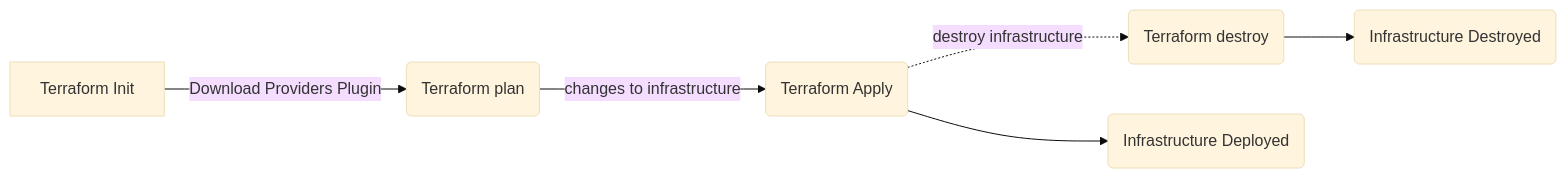
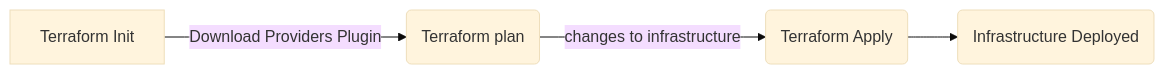
The first of 2 diagrams in chapters/200-resources.md (msg-CareerPaths/terraform-training), drawn with Mermaid (base theme) before and after one commit. The commit also changed other lines of this file, not shown here.

````diff
--- a/chapters/200-resources.md
+++ b/chapters/200-resources.md
@@ -33,8 +35,6 @@
 ```mermaid
 flowchart LR
     A[Terraform Init] -->|Download Providers Plugin| B(Terraform plan)
     B --> |changes to infrastructure| C(Terraform Apply)
-    C -.->|destroy infrastructure| D(Terraform destroy)
     C --> E(Infrastructure Deployed)
-    D --> F(Infrastructure Destroyed)
 ```
````
